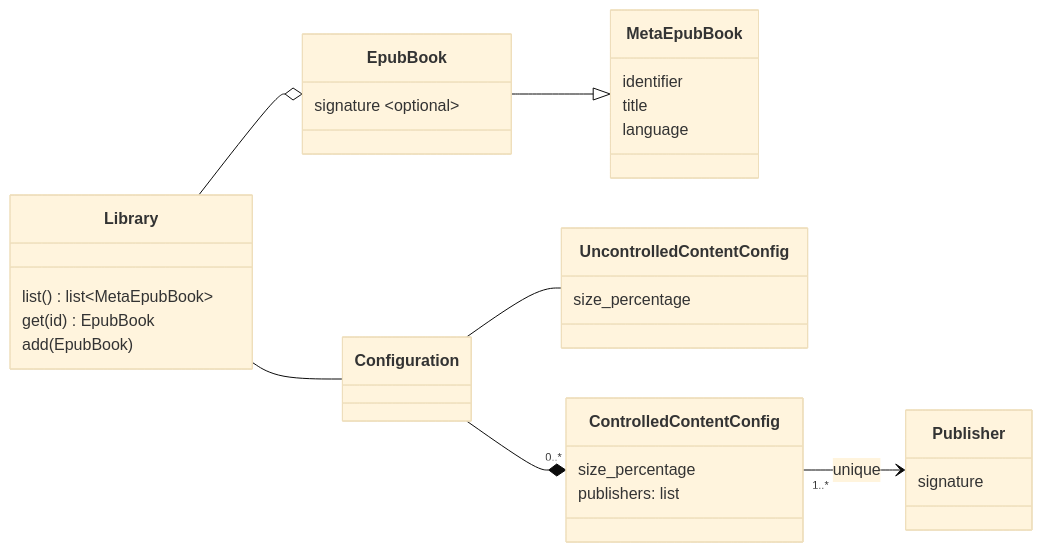
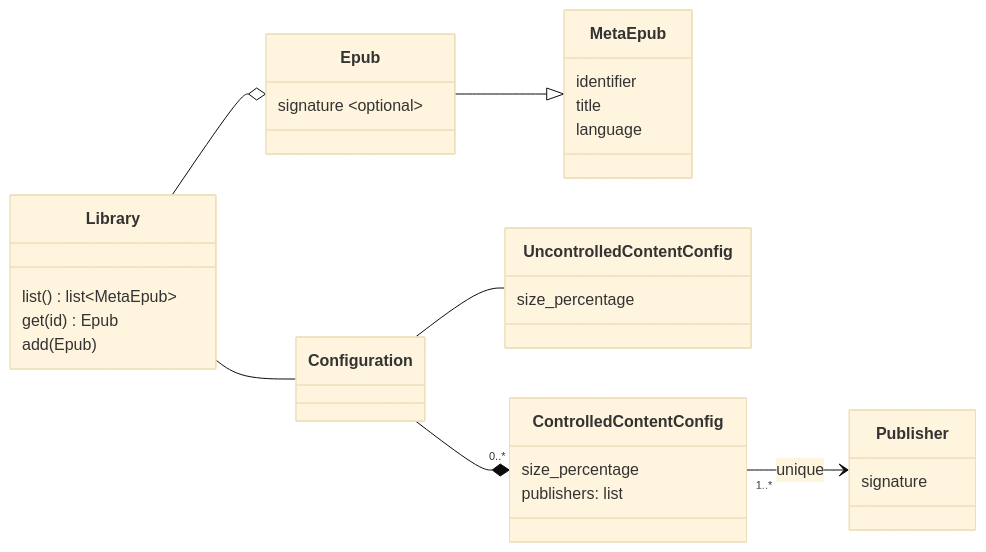
The diagram in docs/library.md (redengin/sneakernet), drawn with Mermaid (base theme) before and after one commit. The commit also changed other lines of this file, not shown here.

````diff
--- a/docs/library.md
+++ b/docs/library.md
@@ -11,34 +11,34 @@
 ```mermaid
 classDiagram
     direction LR
     class Library {
-        list() list~MetaEpubBook~
-        get(id) EpubBook
-        add(EpubBook)
+        list() list~MetaEpub~
+        get(id) Epub
+        add(Epub)
     }
-    Library --o EpubBook
-    class EpubBook {
+    Library --o Epub
+    class Epub {
         signature ~optional~
     }
-    EpubBook --|> MetaEpubBook
-    class MetaEpubBook {
+    Epub --|> MetaEpub
+    class MetaEpub {
         identifier
         title
         language
     }
     Library -- Configuration
     Configuration -- UncontrolledContentConfig
     class UncontrolledContentConfig {
         size_percentage
     }
     Configuration --* "0..*" ControlledContentConfig
     class ControlledContentConfig {
         size_percentage
         publishers: list
     }
     ControlledContentConfig "1..*" --> Publisher : unique
 
     class Publisher {
         signature
     }
 ```
````
